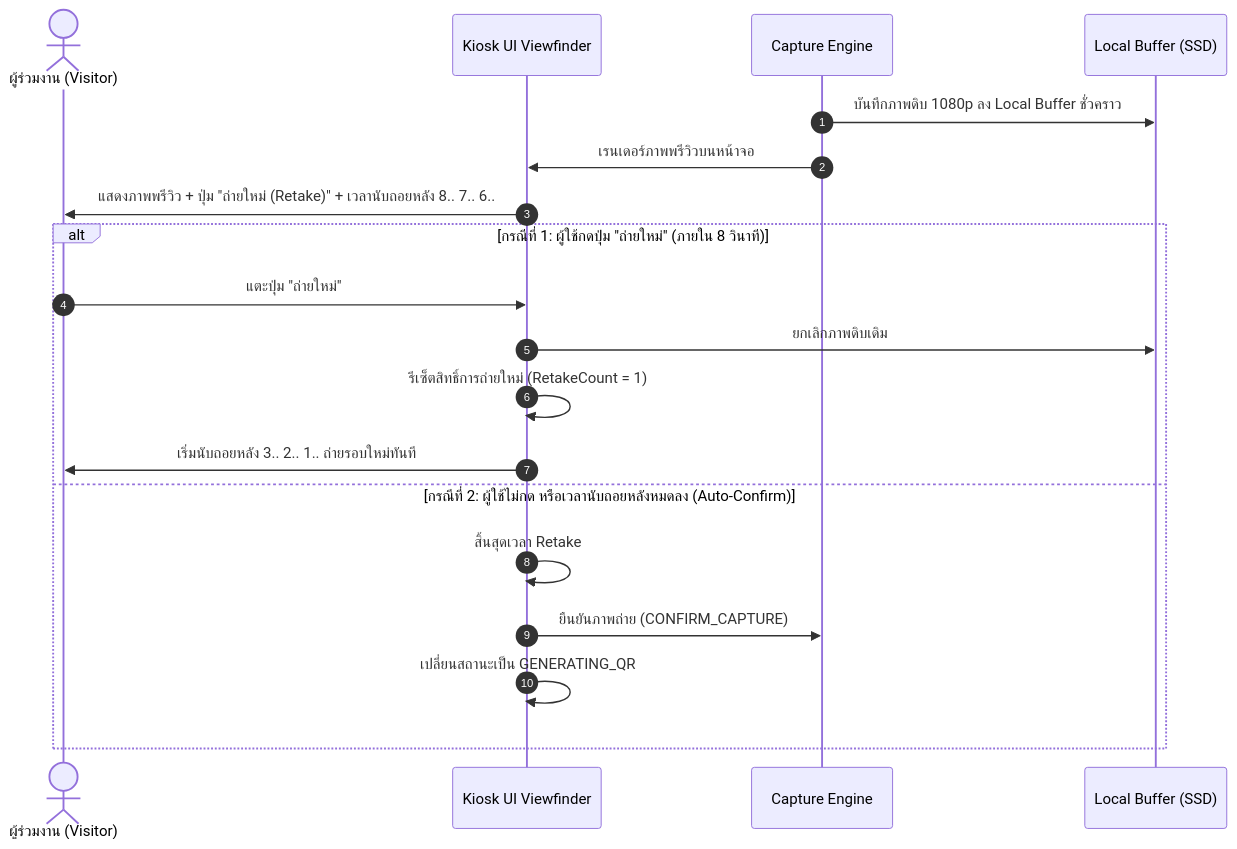
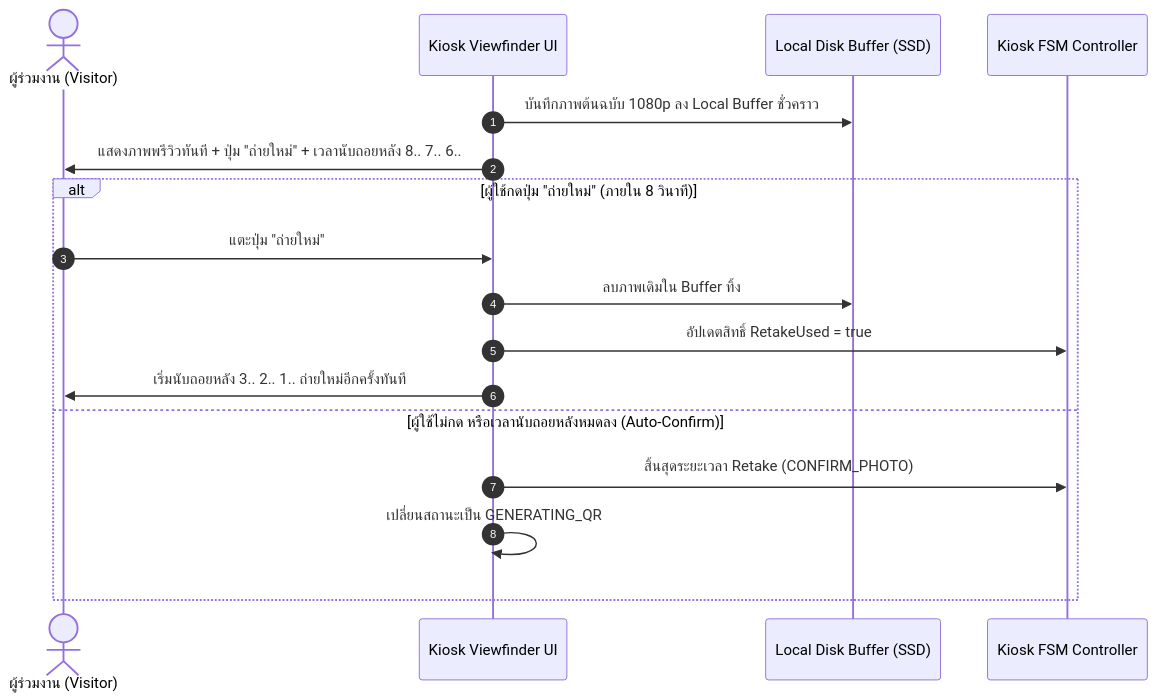
The eighth of 12 diagrams in ducument-sathit/task01/system-architecture-and-sequence-flow.md (icelandz9/swu-openhouse), drawn with Mermaid before and after one commit. The commit also changed other lines of this file and 1 other file, not shown here.

Commit message:
docs: finalize pure Photo Booth System Architecture and Sequence Flows based on grill-me locks

````diff
--- a/ducument-sathit/task01/system-architecture-and-sequence-flow.md
+++ b/ducument-sathit/task01/system-architecture-and-sequence-flow.md
@@ -315,23 +291,21 @@
 ```mermaid
 sequenceDiagram
     autonumber
     actor Visitor as ผู้ร่วมงาน (Visitor)
-    participant UI as Kiosk UI Viewfinder
-    participant CaptureEngine as Capture Engine
-    participant StorageBuffer as Local Buffer (SSD)
+    participant UI as Kiosk Viewfinder UI
+    participant Buffer as Local Disk Buffer (SSD)
+    participant State as Kiosk FSM Controller
 
-    CaptureEngine->>StorageBuffer: บันทึกภาพดิบ 1080p ลง Local Buffer ชั่วคราว
-    CaptureEngine->>UI: เรนเดอร์ภาพพรีวิวบนหน้าจอ
-    UI->>Visitor: แสดงภาพพรีวิว + ปุ่ม "ถ่ายใหม่ (Retake)" + เวลานับถอยหลัง 8.. 7.. 6..
+    UI->>Buffer: บันทึกภาพต้นฉบับ 1080p ลง Local Buffer ชั่วคราว
+    UI->>Visitor: แสดงภาพพรีวิวทันที + ปุ่ม "ถ่ายใหม่" + เวลานับถอยหลัง 8.. 7.. 6..
 
-    alt กรณีที่ 1: ผู้ใช้กดปุ่ม "ถ่ายใหม่" (ภายใน 8 วินาที)
+    alt ผู้ใช้กดปุ่ม "ถ่ายใหม่" (ภายใน 8 วินาที)
         Visitor->>UI: แตะปุ่ม "ถ่ายใหม่"
-        UI->>StorageBuffer: ยกเลิกภาพดิบเดิม
-        UI->>UI: รีเซ็ตสิทธิ์การถ่ายใหม่ (RetakeCount = 1)
-        UI->>Visitor: เริ่มนับถอยหลัง 3.. 2.. 1.. ถ่ายรอบใหม่ทันที
-    else กรณีที่ 2: ผู้ใช้ไม่กด หรือเวลานับถอยหลังหมดลง (Auto-Confirm)
-        UI->>UI: สิ้นสุดเวลา Retake
-        UI->>CaptureEngine: ยืนยันภาพถ่าย (CONFIRM_CAPTURE)
+        UI->>Buffer: ลบภาพเดิมใน Buffer ทิ้ง
+        UI->>State: อัปเดตสิทธิ์ RetakeUsed = true
+        UI->>Visitor: เริ่มนับถอยหลัง 3.. 2.. 1.. ถ่ายใหม่อีกครั้งทันที
+    else ผู้ใช้ไม่กด หรือเวลานับถอยหลังหมดลง (Auto-Confirm)
+        UI->>State: สิ้นสุดระยะเวลา Retake (CONFIRM_PHOTO)
         UI->>UI: เปลี่ยนสถานะเป็น GENERATING_QR
     end
 ```
````
